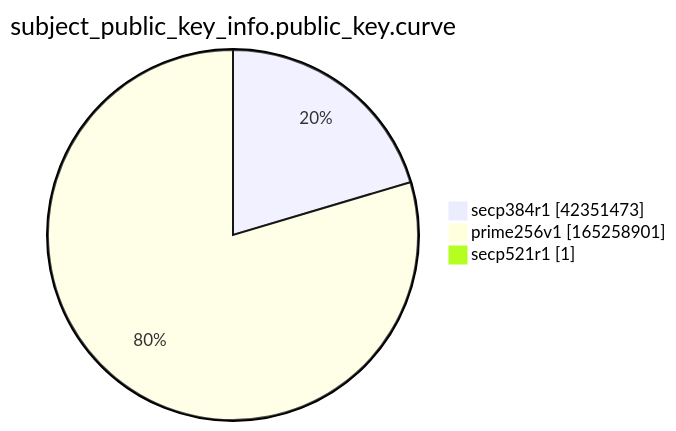
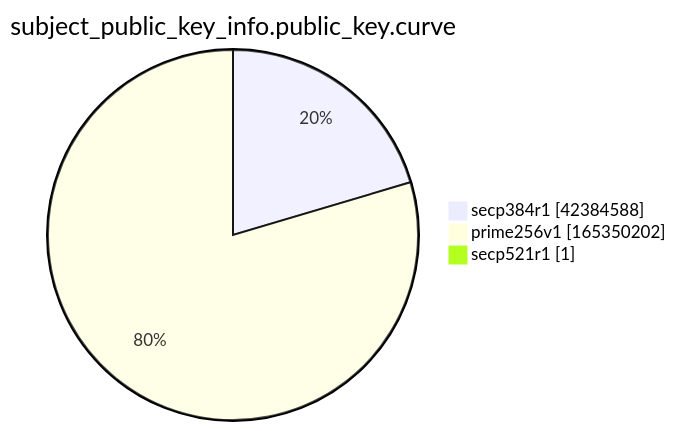
One commit to christiankrug/ctmonitor_visualization changed the ninth of 15 diagrams in xenon2022/README.md. Above: the diagram before and after it, drawn with Mermaid. The commit also changed other lines of this file, not shown here.

````diff
--- a/xenon2022/README.md
+++ b/xenon2022/README.md
@@ -2869,7 +2869,7 @@
 ```mermaid
 pie showData
 title subject_public_key_info.public_key.curve
-"secp384r1" :42351473
-"prime256v1" :165258901
+"secp384r1" :42384588
+"prime256v1" :165350202
 "secp521r1" :1
 ```
````
